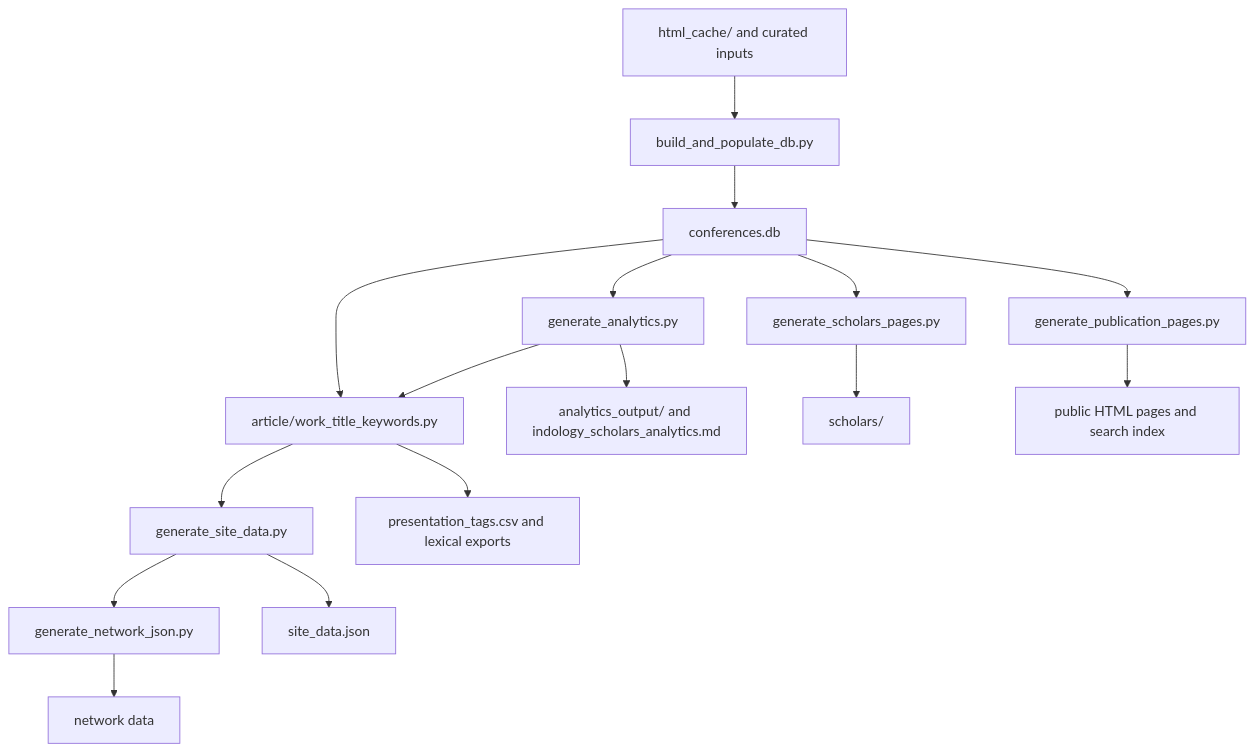
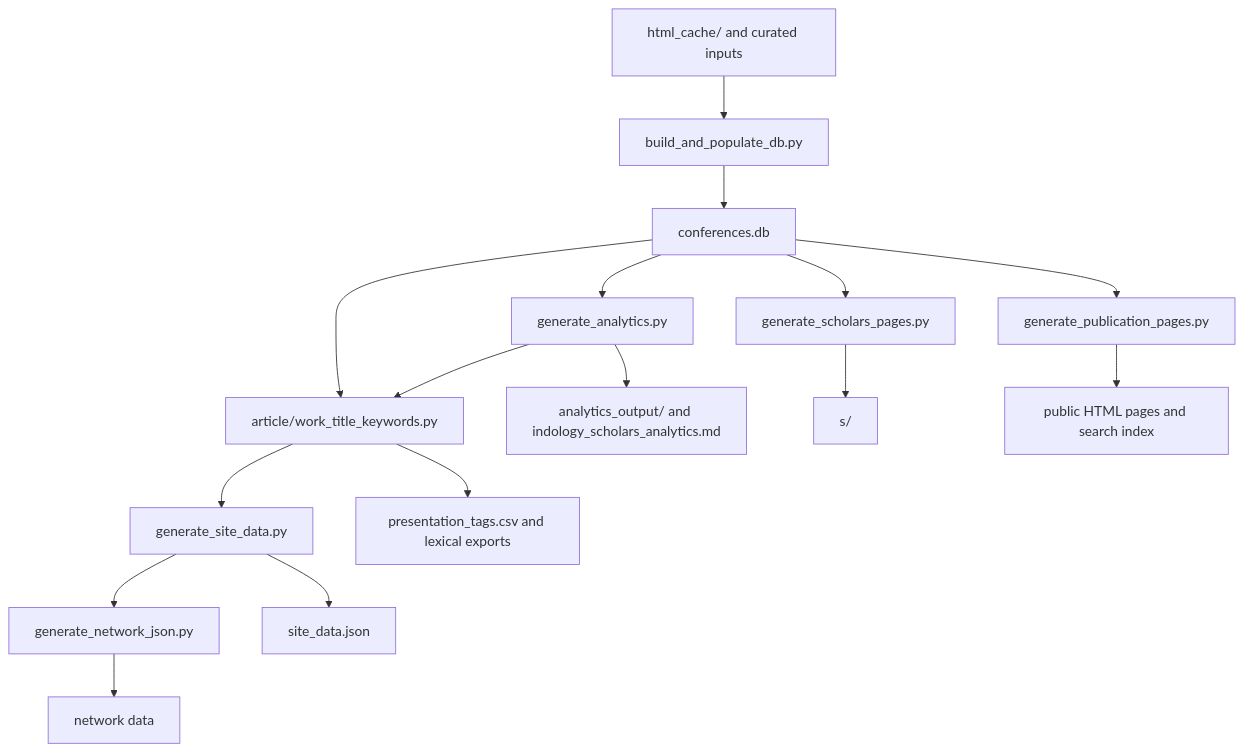
Before and after one commit to gasyoun/IndologyScholars: the diagram in docs/development-en.md, drawn with Mermaid. The commit also changed other lines of this file and 4161 other files, not shown here.

````diff
--- a/docs/development-en.md
+++ b/docs/development-en.md
@@ -70,18 +70,18 @@
 ```mermaid
 flowchart TD
     A["html_cache/ and curated inputs"] --> B["build_and_populate_db.py"]
     B --> C["conferences.db"]
     C --> D["generate_analytics.py"]
     C --> N["article/work_title_keywords.py"]
     D --> N
     N --> E["generate_site_data.py"]
     E --> F["generate_network_json.py"]
     C --> G["generate_scholars_pages.py"]
     C --> H["generate_publication_pages.py"]
     D --> I["analytics_output/ and indology_scholars_analytics.md"]
     N --> O["presentation_tags.csv and lexical exports"]
     E --> J["site_data.json"]
     F --> K["network data"]
-    G --> L["scholars/"]
+    G --> L["s/"]
     H --> M["public HTML pages and search index"]
 ```
````
